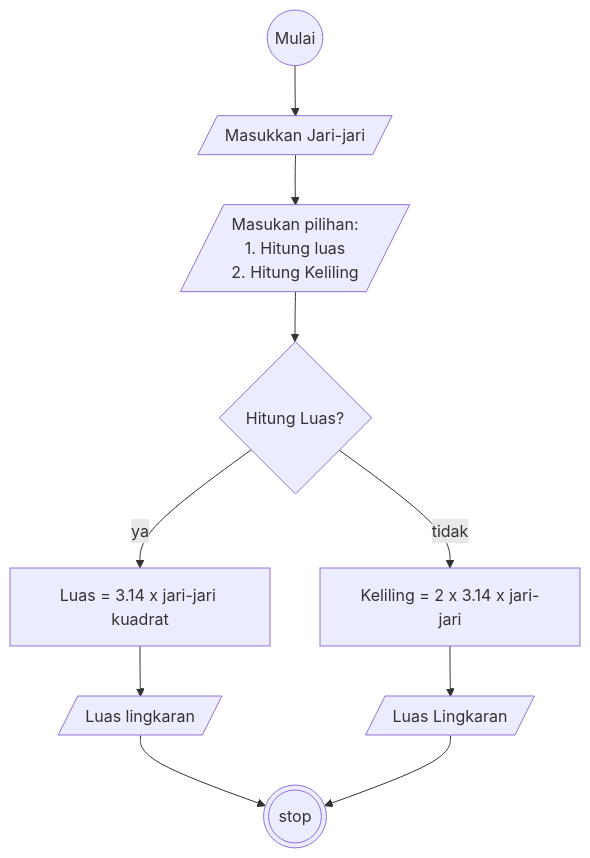
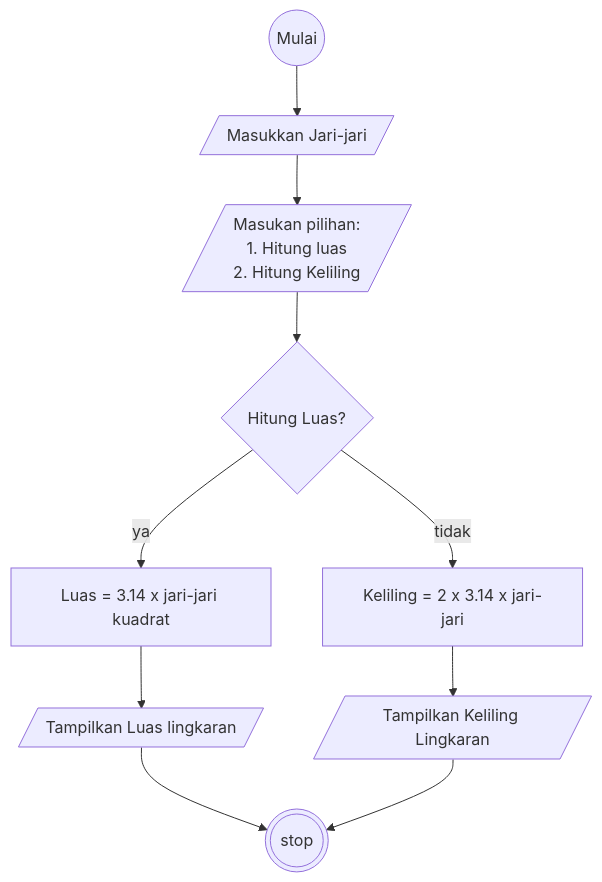
One commit to asasonda/koda-b1-deskriptif-algoritm changed the diagram in Algoritma-Luas-Keliling-Lingkaran.md. Above: the diagram before and after it, drawn with Mermaid.

````diff
--- a/Algoritma-Luas-Keliling-Lingkaran.md
+++ b/Algoritma-Luas-Keliling-Lingkaran.md
@@ -22,15 +22,15 @@
 ```mermaid
 flowchart TD
     start((Mulai)) --> input[/Masukkan Jari-jari/]
     input --> masukan[/Masukan pilihan:
     1. Hitung luas
     2. Hitung Keliling/]
     masukan --> pilihan{Hitung Luas?}
     pilihan -- ya --> luas[Luas = 3.14 x jari-jari kuadrat]
     pilihan -- tidak --> keliling[Keliling = 2 x 3.14 x jari-jari]
 
-    luas --> hasilL[/Luas lingkaran/]
-    keliling --> hasilK[/Luas Lingkaran/]
+    luas --> hasilL[/Tampilkan Luas lingkaran/]
+    keliling --> hasilK[/Tampilkan Keliling Lingkaran/]
     hasilL --> selesai(((stop)))
     hasilK --> selesai
 ```
````
